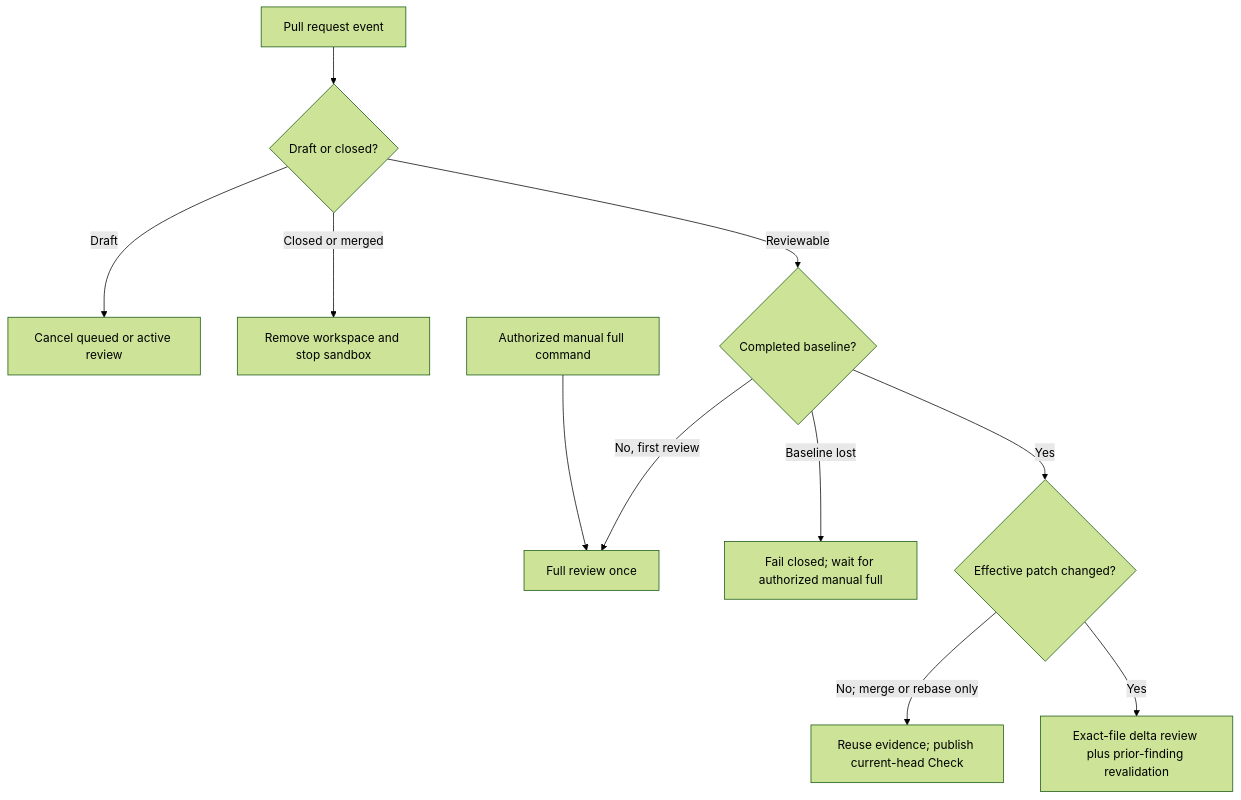
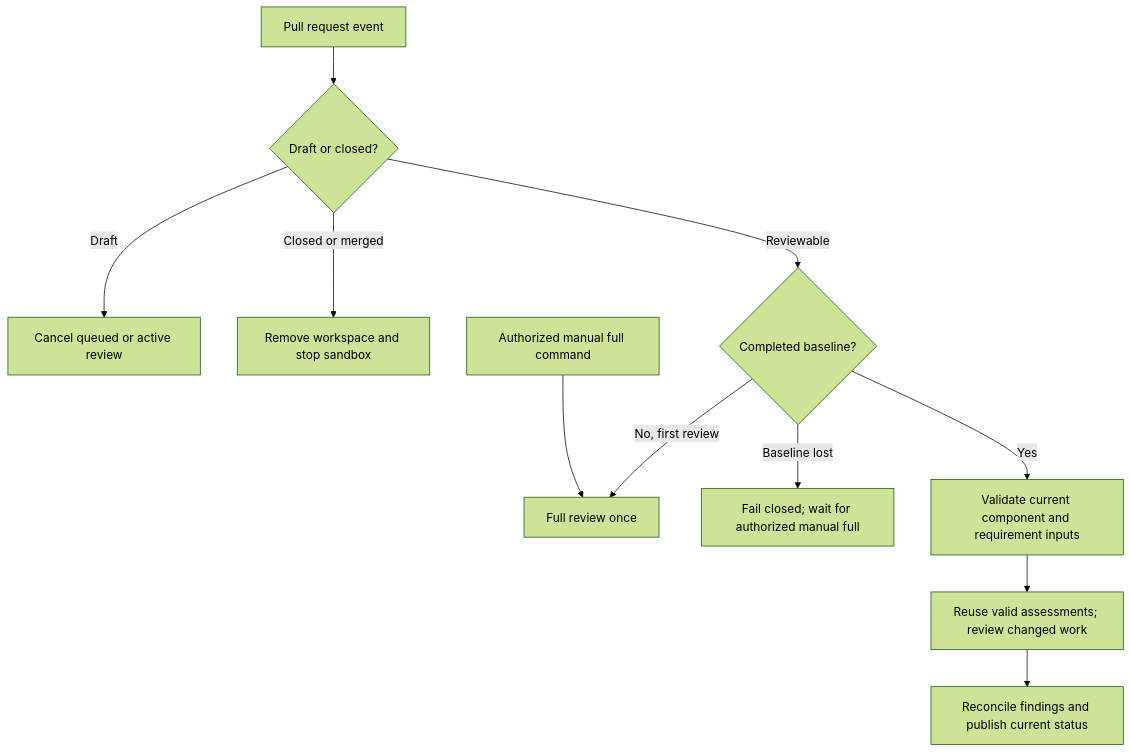
One commit to frostney/slop-sheriff changed the diagram in README.md. Above: the diagram before and after it, drawn with Mermaid (forest theme). The commit also changed other lines of this file and 175 other files, not shown here.

Commit message:
feat: reuse validated review work across pull request updates

````diff
--- a/README.md
+++ b/README.md
@@ -22,13 +22,13 @@
 ```mermaid
 flowchart TD
   E["Pull request event"] --> D{"Draft or closed?"}
   D -->|"Draft"| C["Cancel queued or active review"]
   D -->|"Closed or merged"| X["Remove workspace and stop sandbox"]
   D -->|"Reviewable"| B{"Completed baseline?"}
   B -->|"No, first review"| F["Full review once"]
   B -->|"Baseline lost"| L["Fail closed; wait for authorized manual full"]
-  B -->|"Yes"| P{"Effective patch changed?"}
-  P -->|"No; merge or rebase only"| R["Reuse evidence; publish current-head Check"]
-  P -->|"Yes"| Q["Exact-file delta review plus prior-finding revalidation"]
+  B -->|"Yes"| Q["Validate current component and requirement inputs"]
+  Q --> R["Reuse valid assessments; review changed work"]
+  R --> P["Reconcile findings and publish current status"]
   M["Authorized manual full command"] --> F
 ```
````
